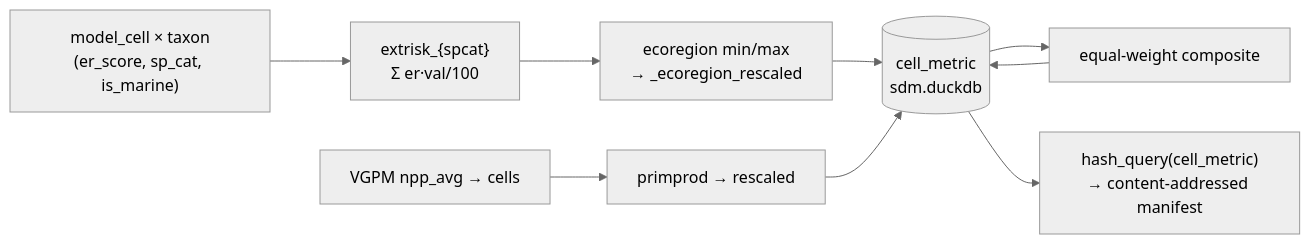
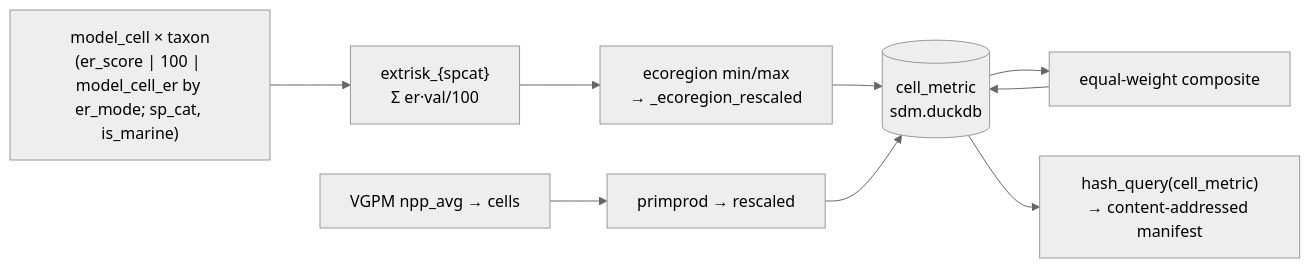
Before and after one commit to MarineSensitivity/workflows: the diagram in score_cell_metrics.qmd, drawn with Mermaid (neutral theme). The commit also changed other lines of this file and 10 other files, not shown here.

First line of the commit message:
v9 DPS species: merged model = suitability, per-cell ER beside it (dist_merged_er → model_cell_er → er_mode='cell'); MMPA baseline; DPS COGs published; spatial-only reruns

````diff
--- a/score_cell_metrics.qmd
+++ b/score_cell_metrics.qmd
@@ -24,12 +27,12 @@
 ```{mermaid}
 %%| label: fig-design
 %%| fig-cap: "Per-cell scoring: extrisk_{spcat} → ecoregion rescale, + primprod → equal-weight composite"
 flowchart LR
-  mt["model_cell × taxon<br/>(er_score, sp_cat, is_marine)"] --> ex["extrisk_{spcat}<br/>Σ er·val/100"]
+  mt["model_cell × taxon<br/>(er_score | 100 | model_cell_er by er_mode; sp_cat, is_marine)"] --> ex["extrisk_{spcat}<br/>Σ er·val/100"]
   ex --> rs["ecoregion min/max<br/>→ _ecoregion_rescaled"]
   vg["VGPM npp_avg → cells"] --> pp["primprod → rescaled"]
   rs --> cm[("cell_metric<br/>sdm.duckdb")]
   pp --> cm
   cm --> co["equal-weight composite"] --> cm
   cm --> mf["hash_query(cell_metric)<br/>→ content-addressed manifest"]
 ```
````
